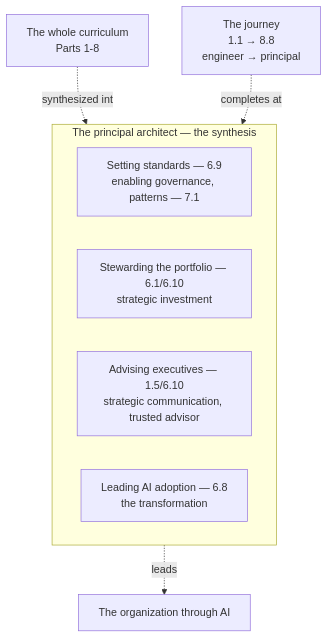
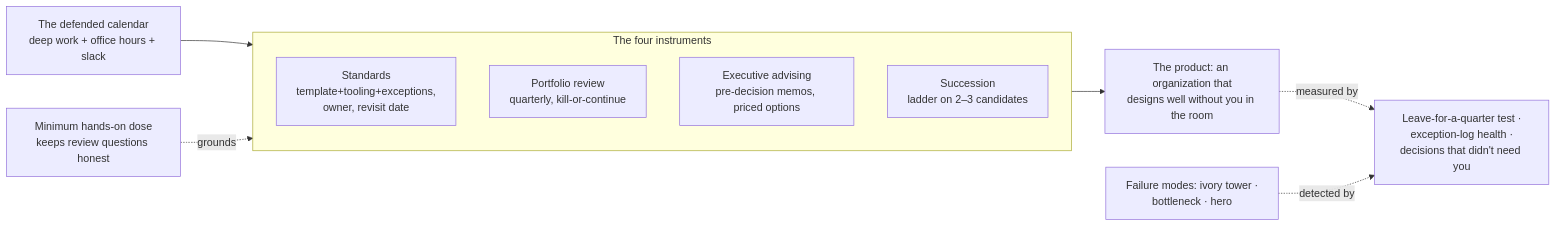
The diagram in curriculum/part-8-professional-excellence/chapter-08-principal-architect.md (sivakrushna-works/GSAC), drawn with Mermaid before and after one commit. The commit also changed other lines of this file and 10 other files, not shown here.

````diff
--- a/curriculum/part-8-professional-excellence/chapter-08-principal-architect.md
+++ b/curriculum/part-8-professional-excellence/chapter-08-principal-architect.md
@@ -66,12 +76,14 @@
 ```mermaid
-flowchart TD
-    subgraph PRINCIPAL [The principal architect — the synthesis]
-        STANDARDS[Setting standards — 6.9<br/>enabling governance, patterns — 7.1]
-        PORTFOLIO[Stewarding the portfolio — 6.1/6.10<br/>strategic investment]
-        ADVISING[Advising executives — 1.5/6.10<br/>strategic communication, trusted advisor]
-        ADOPTION[Leading AI adoption — 6.8<br/>the transformation]
+flowchart LR
+    subgraph INSTR [The four instruments]
+        STD[Standards<br/>template+tooling+exceptions,<br/>owner, revisit date]
+        PORT[Portfolio review<br/>quarterly, kill-or-continue]
+        EXEC[Executive advising<br/>pre-decision memos, priced options]
+        SUCC[Succession<br/>ladder on 2–3 candidates]
     end
-    CURRICULUM[The whole curriculum<br/>Parts 1-8] -.synthesized into.-> PRINCIPAL
-    PRINCIPAL -.leads.-> ORGANIZATION[The organization through AI]
-    JOURNEY[The journey<br/>1.1 → 8.8<br/>engineer → principal] -.completes at.-> PRINCIPAL
+    CAL[The defended calendar<br/>deep work + office hours + slack] --> INSTR
+    INSTR --> ORG[The product: an organization that<br/>designs well without you in the room]
+    ORG -.measured by.-> TESTS[Leave-for-a-quarter test ·<br/>exception-log health ·<br/>decisions that didn't need you]
+    FAIL[Failure modes: ivory tower ·<br/>bottleneck · hero] -.detected by.-> TESTS
+    HANDS[Minimum hands-on dose<br/>keeps review questions honest] -.grounds.-> INSTR
 ```
````
